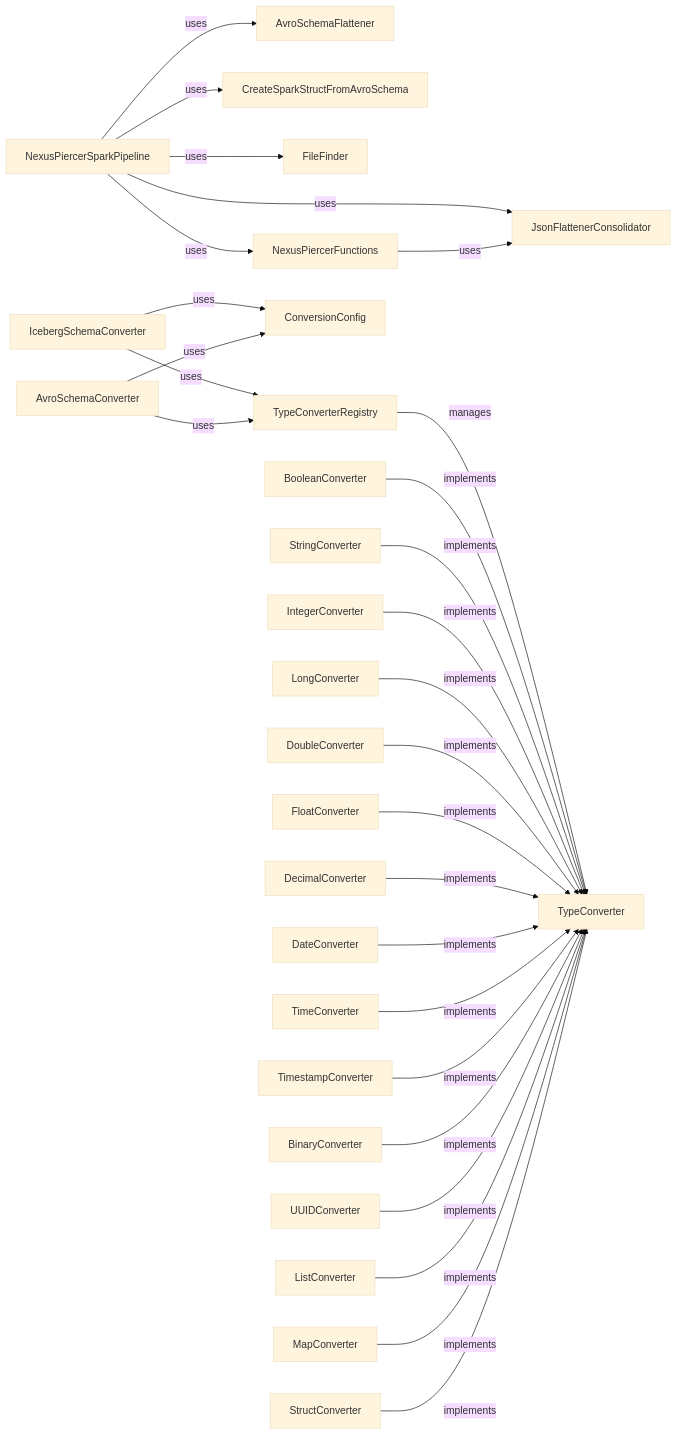
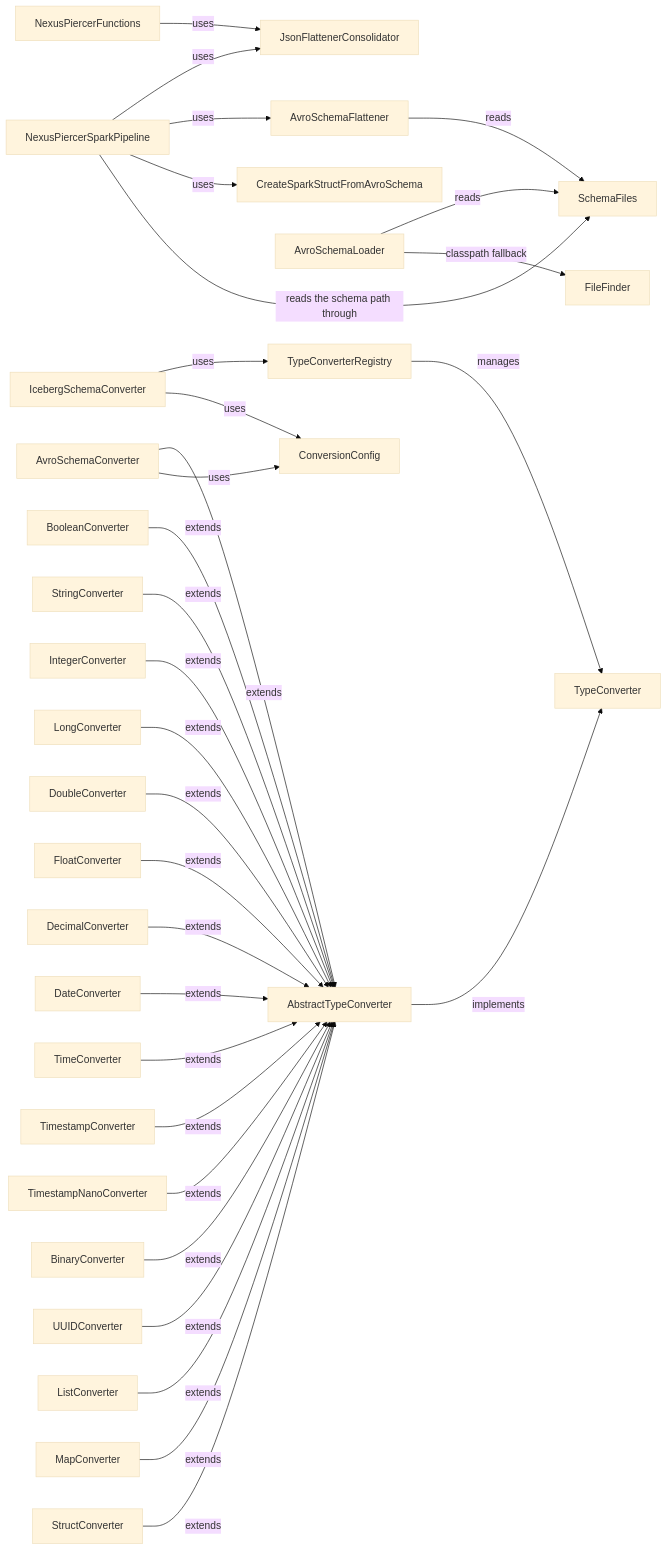
Before and after one commit to pierce-lonergan/NexusPiercer: the fourth of 6 diagrams in docs/ARCHITECTURE_GRAPH.md, drawn with Mermaid (base theme). The commit also changed other lines of this file and 20 other files, not shown here.

````diff
--- a/docs/ARCHITECTURE_GRAPH.md
+++ b/docs/ARCHITECTURE_GRAPH.md
@@ -118,38 +130,46 @@
 ```mermaid
 graph LR
     %% Spark Pipeline dependencies
     NPSP[NexusPiercerSparkPipeline] --> |"uses"| JFC[JsonFlattenerConsolidator]
     NPSP --> |"uses"| ASF[AvroSchemaFlattener]
     NPSP --> |"uses"| CSFS[CreateSparkStructFromAvroSchema]
-    NPSP --> |"uses"| FF[FileFinder]
-    NPSP --> |"uses"| NPF[NexusPiercerFunctions]
+    NPSP --> |"reads the schema path through"| SF[SchemaFiles]
     
     %% Functions dependencies
-    NPF --> |"uses"| JFC
+    NPF[NexusPiercerFunctions] --> |"uses"| JFC
+    
+    %% Schema reading. FileFinder is deprecated in 2.1.0; only AvroSchemaLoader still has one,
+    %% behind SchemaFiles, for its classpath fallback.
+    ASF --> |"reads"| SF
+    ASL[AvroSchemaLoader] --> |"reads"| SF
+    ASL --> |"classpath fallback"| FF[FileFinder]
     
     %% Schema converter dependencies
     ISC[IcebergSchemaConverter] --> |"uses"| TCR[TypeConverterRegistry]
     ISC --> |"uses"| CC[ConversionConfig]
     
-    ASC[AvroSchemaConverter] --> |"uses"| TCR
+    ASC[AvroSchemaConverter] --> |"extends"| ATC[AbstractTypeConverter]
     ASC --> |"uses"| CC
     
     TCR --> |"manages"| TC[TypeConverter]
+    ATC --> |"implements"| TC
     
-    %% Type converters
-    BOOL[BooleanConverter] --> |"implements"| TC
-    STR[StringConverter] --> |"implements"| TC
-    INT[IntegerConverter] --> |"implements"| TC
-    LONG[LongConverter] --> |"implements"| TC
-    DBL[DoubleConverter] --> |"implements"| TC
-    FLT[FloatConverter] --> |"implements"| TC
-    DEC[DecimalConverter] --> |"implements"| TC
-    DATE[DateConverter] --> |"implements"| TC
-    TIME[TimeConverter] --> |"implements"| TC
-    TS[TimestampConverter] --> |"implements"| TC
-    BIN[BinaryConverter] --> |"implements"| TC
-    UUID[UUIDConverter] --> |"implements"| TC
-    LIST[ListConverter] --> |"implements"| TC
-    MAP[MapConverter] --> |"implements"| TC
-    STRUCT[StructConverter] --> |"implements"| TC
+    %% Type converters. Every one of these EXTENDS AbstractTypeConverter, which is what
+    %% implements TypeConverter; none of them names TypeConverter directly.
+    BOOL[BooleanConverter] --> |"extends"| ATC
+    STR[StringConverter] --> |"extends"| ATC
+    INT[IntegerConverter] --> |"extends"| ATC
+    LONG[LongConverter] --> |"extends"| ATC
+    DBL[DoubleConverter] --> |"extends"| ATC
+    FLT[FloatConverter] --> |"extends"| ATC
+    DEC[DecimalConverter] --> |"extends"| ATC
+    DATE[DateConverter] --> |"extends"| ATC
+    TIME[TimeConverter] --> |"extends"| ATC
+    TS[TimestampConverter] --> |"extends"| ATC
+    TSN[TimestampNanoConverter] --> |"extends"| ATC
+    BIN[BinaryConverter] --> |"extends"| ATC
+    UUID[UUIDConverter] --> |"extends"| ATC
+    LIST[ListConverter] --> |"extends"| ATC
+    MAP[MapConverter] --> |"extends"| ATC
+    STRUCT[StructConverter] --> |"extends"| ATC
 ```
````
